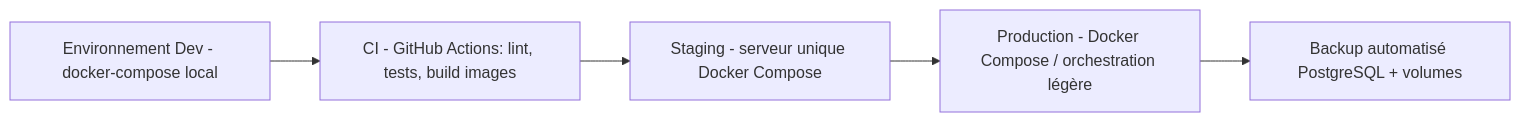
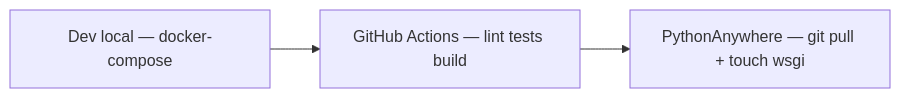
The fifth of 5 diagrams in docs/08-ARCHITECTURE-TECHNIQUE.md (MannuPy/Gec_com), drawn with Mermaid before and after one commit. The commit also changed other lines of this file and 88 other files, not shown here.

````diff
--- a/docs/08-ARCHITECTURE-TECHNIQUE.md
+++ b/docs/08-ARCHITECTURE-TECHNIQUE.md
@@ -80,7 +208,5 @@
 ```mermaid
 flowchart LR
-    DEV[Environnement Dev - docker-compose local] --> CI[CI - GitHub Actions: lint, tests, build images]
-    CI --> STAGING[Staging - serveur unique Docker Compose]
-    STAGING --> PROD[Production - Docker Compose / orchestration légère]
-    PROD --> BACKUP[Backup automatisé PostgreSQL + volumes]
+    DEV[Dev local — docker-compose] --> CI[GitHub Actions — lint tests build]
+    CI --> PA[PythonAnywhere — git pull + touch wsgi]
 ```
````
